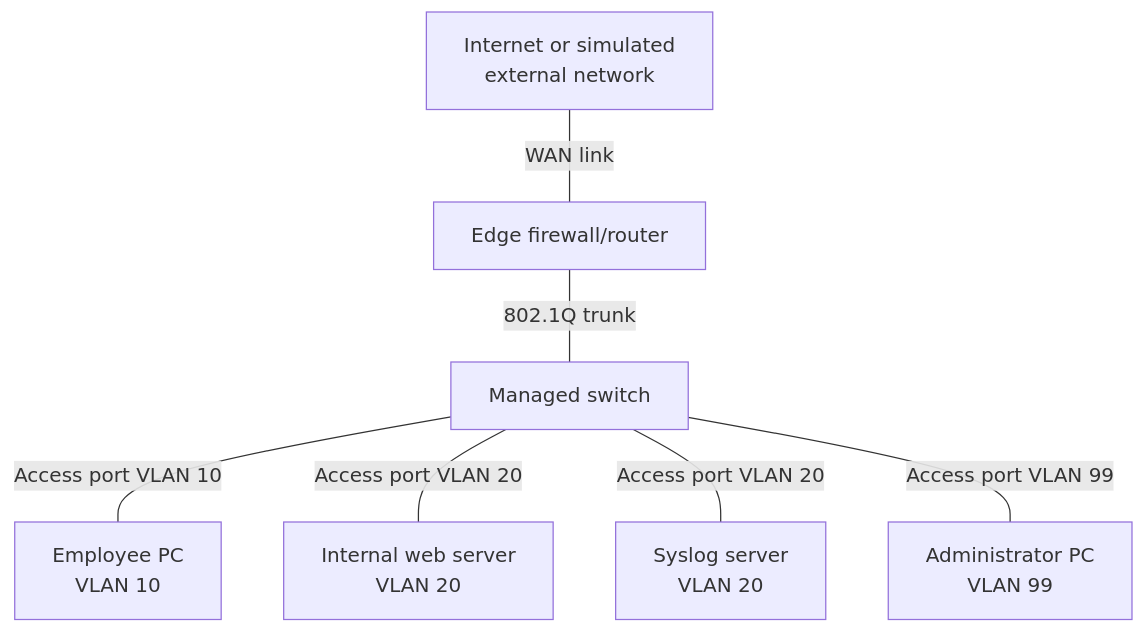
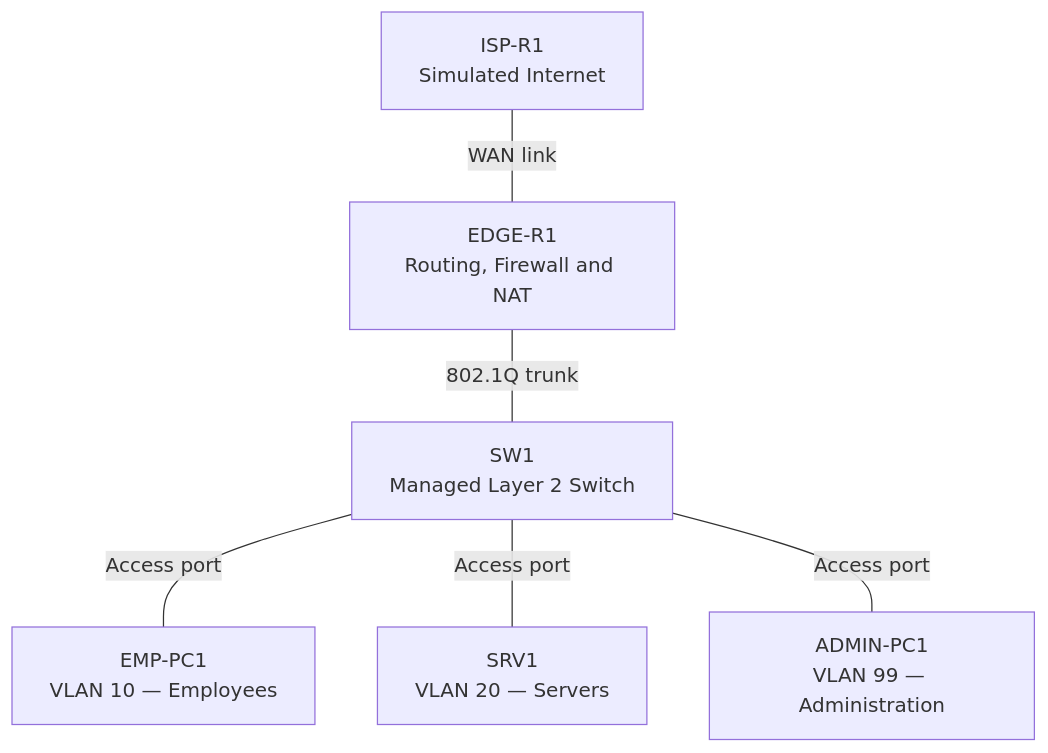
One commit to BatJeb13/secure-network-lab changed the diagram in docs/topology.md. Above: the diagram before and after it, drawn with Mermaid. The commit also changed other lines of this file and 3 other files, not shown here.

````diff
--- a/docs/topology.md
+++ b/docs/topology.md
@@ -5,17 +5,15 @@
 ```mermaid
 flowchart TD
-    EXT["Internet or simulated<br/>external network"]
-    FW["Edge firewall/router"]
-    SW["Managed switch"]
-    EMP["Employee PC<br/>VLAN 10"]
-    WEB["Internal web server<br/>VLAN 20"]
-    LOG["Syslog server<br/>VLAN 20"]
-    ADM["Administrator PC<br/>VLAN 99"]
+    ISP["ISP-R1<br>Simulated Internet"]
+    EDGE["EDGE-R1<br>Routing, Firewall and NAT"]
+    SW["SW1<br>Managed Layer 2 Switch"]
+    EMP["EMP-PC1<br>VLAN 10 — Employees"]
+    SRV["SRV1<br>VLAN 20 — Servers"]
+    ADM["ADMIN-PC1<br>VLAN 99 — Administration"]
 
-    EXT ---|"WAN link"| FW
-    FW ---|"802.1Q trunk"| SW
-    SW ---|"Access port VLAN 10"| EMP
-    SW ---|"Access port VLAN 20"| WEB
-    SW ---|"Access port VLAN 20"| LOG
-    SW ---|"Access port VLAN 99"| ADM
+    ISP ---|"WAN link"| EDGE
+    EDGE ---|"802.1Q trunk"| SW
+    SW ---|"Access port"| EMP
+    SW ---|"Access port"| SRV
+    SW ---|"Access port"| ADM
 ```
````
